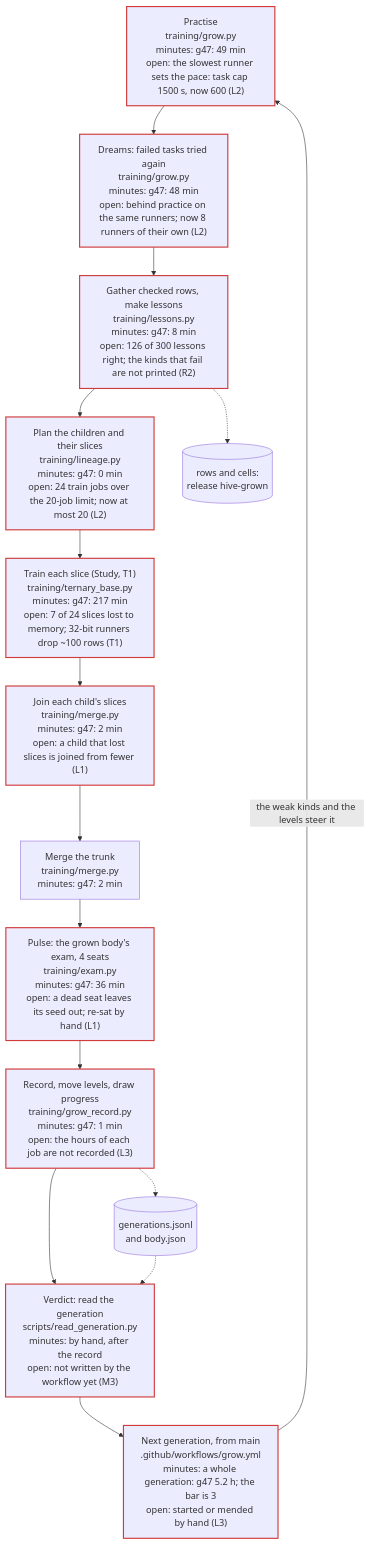
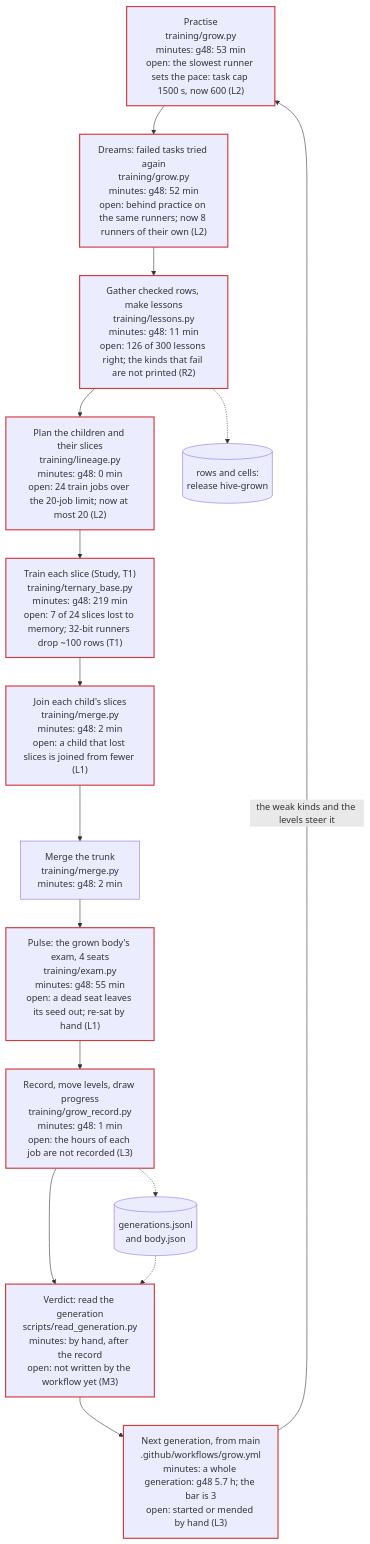
Before and after one commit to Arnav123-s/HiveMIND: the first of 4 diagrams in docs/KNOWLEDGE.md, drawn with Mermaid. The commit also changed 16 other files, not shown here.

Commit message:
The hive's body: generation g48

````diff
--- a/docs/KNOWLEDGE.md
+++ b/docs/KNOWLEDGE.md
@@ -11,31 +11,31 @@
 ```mermaid
 flowchart TD
-  practise["Practise<br/>training/grow.py<br/>minutes: g47: 49 min<br/>open: the slowest runner sets the pace: task cap 1500 s, now 600 (L2)"]:::open
-  dreams["Dreams: failed tasks tried again<br/>training/grow.py<br/>minutes: g47: 48 min<br/>open: behind practice on the same runners; now 8 runners of their own (L2)"]:::open
-  gather["Gather checked rows, make lessons<br/>training/lessons.py<br/>minutes: g47: 8 min<br/>open: 126 of 300 lessons right; the kinds that fail are not printed (R2)"]:::open
-  plan["Plan the children and their slices<br/>training/lineage.py<br/>minutes: g47: 0 min<br/>open: 24 train jobs over the 20-job limit; now at most 20 (L2)"]:::open
-  trainc["Train each slice (Study, T1)<br/>training/ternary_base.py<br/>minutes: g47: 217 min<br/>open: 7 of 24 slices lost to memory; 32-bit runners drop ~100 rows (T1)"]:::open
-  join["Join each child's slices<br/>training/merge.py<br/>minutes: g47: 2 min<br/>open: a child that lost slices is joined from fewer (L1)"]:::open
-  trunk["Merge the trunk<br/>training/merge.py<br/>minutes: g47: 2 min"]
-  pulse["Pulse: the grown body's exam, 4 seats<br/>training/exam.py<br/>minutes: g47: 36 min<br/>open: a dead seat leaves its seed out; re-sat by hand (L1)"]:::open
-  recordg["Record, move levels, draw progress<br/>training/grow_record.py<br/>minutes: g47: 1 min<br/>open: the hours of each job are not recorded (L3)"]:::open
+  practise["Practise<br/>training/grow.py<br/>minutes: g48: 53 min<br/>open: the slowest runner sets the pace: task cap 1500 s, now 600 (L2)"]:::open
+  dreams["Dreams: failed tasks tried again<br/>training/grow.py<br/>minutes: g48: 52 min<br/>open: behind practice on the same runners; now 8 runners of their own (L2)"]:::open
+  gather["Gather checked rows, make lessons<br/>training/lessons.py<br/>minutes: g48: 11 min<br/>open: 126 of 300 lessons right; the kinds that fail are not printed (R2)"]:::open
+  plan["Plan the children and their slices<br/>training/lineage.py<br/>minutes: g48: 0 min<br/>open: 24 train jobs over the 20-job limit; now at most 20 (L2)"]:::open
+  trainc["Train each slice (Study, T1)<br/>training/ternary_base.py<br/>minutes: g48: 219 min<br/>open: 7 of 24 slices lost to memory; 32-bit runners drop ~100 rows (T1)"]:::open
+  join["Join each child's slices<br/>training/merge.py<br/>minutes: g48: 2 min<br/>open: a child that lost slices is joined from fewer (L1)"]:::open
+  trunk["Merge the trunk<br/>training/merge.py<br/>minutes: g48: 2 min"]
+  pulse["Pulse: the grown body's exam, 4 seats<br/>training/exam.py<br/>minutes: g48: 55 min<br/>open: a dead seat leaves its seed out; re-sat by hand (L1)"]:::open
+  recordg["Record, move levels, draw progress<br/>training/grow_record.py<br/>minutes: g48: 1 min<br/>open: the hours of each job are not recorded (L3)"]:::open
   verdictg["Verdict: read the generation<br/>scripts/read_generation.py<br/>minutes: by hand, after the record<br/>open: not written by the workflow yet (M3)"]:::open
-  nextg["Next generation, from main<br/>.github/workflows/grow.yml<br/>minutes: a whole generation: g47 5.2 h; the bar is 3<br/>open: started or mended by hand (L3)"]:::open
+  nextg["Next generation, from main<br/>.github/workflows/grow.yml<br/>minutes: a whole generation: g48 5.7 h; the bar is 3<br/>open: started or mended by hand (L3)"]:::open
   practise --> dreams
   dreams --> gather
   gather --> plan
   plan --> trainc
   trainc --> join
   join --> trunk
   trunk --> pulse
   pulse --> recordg
   recordg --> verdictg
   verdictg --> nextg
   nextg -->|"the weak kinds and the levels steer it"| practise
   rel[("rows and cells:<br/>release hive-grown")]
   rec[("generations.jsonl<br/>and body.json")]
   gather -.-> rel
   recordg -.-> rec
   rec -.-> verdictg
   classDef open stroke:#d03b3b,stroke-width:2px
 ```
````
